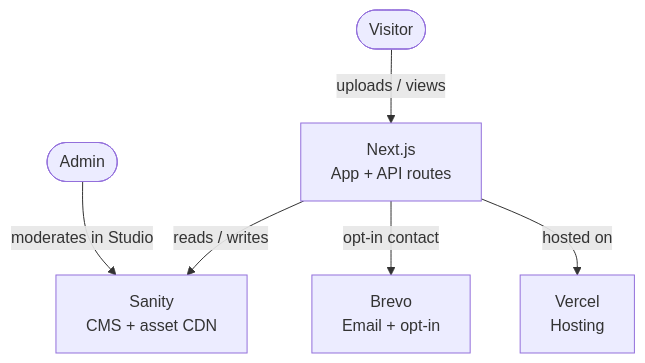
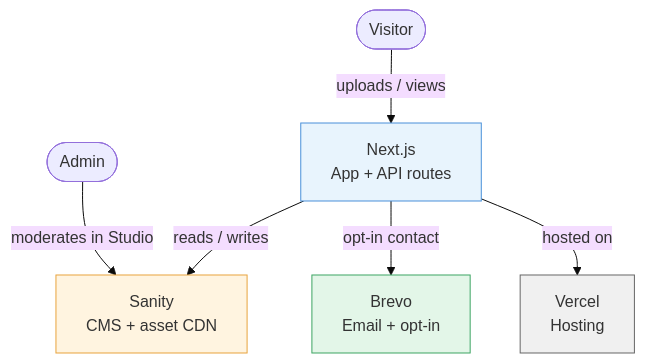
The first of 4 diagrams in README.md (cribepencheff/print-campaign), drawn with Mermaid before and after one commit. The commit also changed other lines of this file and 1 other file, not shown here.

````diff
--- a/README.md
+++ b/README.md
@@ -40,16 +42,29 @@
 ```mermaid
+%%{init: {'theme':'base'}}%%
 graph TD
     Visitor([Visitor])
     Admin([Admin])
 
     Next["Next.js\nApp + API routes"]
     Sanity["Sanity\nCMS + asset CDN"]
     Brevo["Brevo\nEmail + opt-in"]
     Vercel["Vercel\nHosting"]
 
     Visitor -->|"uploads / views"| Next
     Admin -->|"moderates in Studio"| Sanity
     Next -->|"reads / writes"| Sanity
     Next -->|"opt-in contact"| Brevo
     Next -->|"hosted on"| Vercel
+
+    classDef actor fill:#ECECFF,stroke:#9370DB,stroke-width:1px
+    classDef app fill:#E8F4FD,stroke:#4A90D9,stroke-width:1px
+    classDef sanity fill:#FFF4E0,stroke:#E8A33D,stroke-width:1px
+    classDef brevo fill:#E3F6E8,stroke:#3DA563,stroke-width:1px
+    classDef vercel fill:#F0F0F0,stroke:#666666,stroke-width:1px
+
+    class Visitor,Admin actor
+    class Next app
+    class Sanity sanity
+    class Brevo brevo
+    class Vercel vercel
 ```
````
